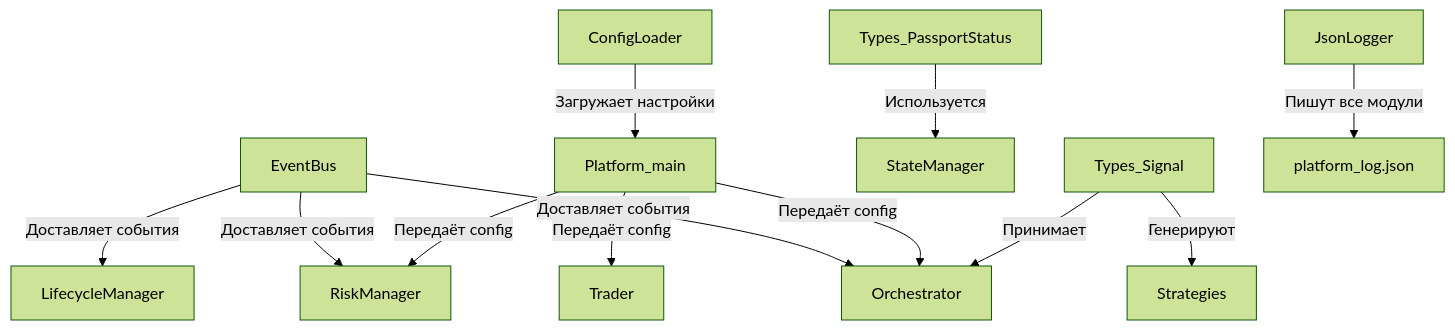
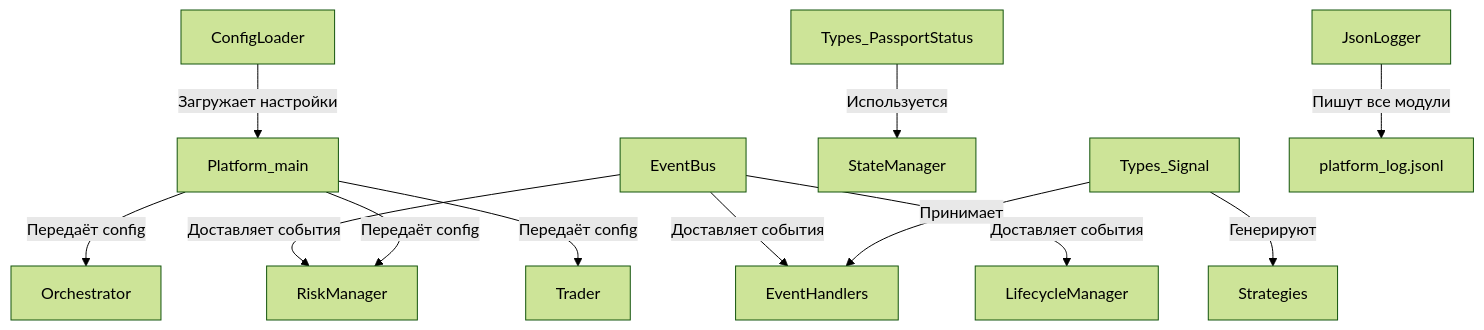
The diagram in Манифест/01_CORE_MODULES.md (mikl210969/PLATO), drawn with Mermaid (forest theme) before and after one commit. The commit also changed other lines of this file and 12 other files, not shown here.

````diff
--- a/Манифест/01_CORE_MODULES.md
+++ b/Манифест/01_CORE_MODULES.md
@@ -145,17 +197,14 @@
 ```mermaid
 graph TD
-    EventBus -->|Доставляет события| Orchestrator
+    EventBus -->|Доставляет события| EventHandlers
     EventBus -->|Доставляет события| RiskManager
     EventBus -->|Доставляет события| LifecycleManager
-    
     ConfigLoader -->|Загружает настройки| Platform_main
     Platform_main -->|Передаёт config| Orchestrator
     Platform_main -->|Передаёт config| RiskManager
     Platform_main -->|Передаёт config| Trader
-    
     Types_PassportStatus -->|Используется| StateManager
     Types_Signal -->|Генерируют| Strategies
-    Types_Signal -->|Принимает| Orchestrator
-    
-    JsonLogger -->|Пишут все модули| platform_log.json
+    Types_Signal -->|Принимает| EventHandlers
+    JsonLogger -->|Пишут все модули| platform_log.jsonl
 ```
````
